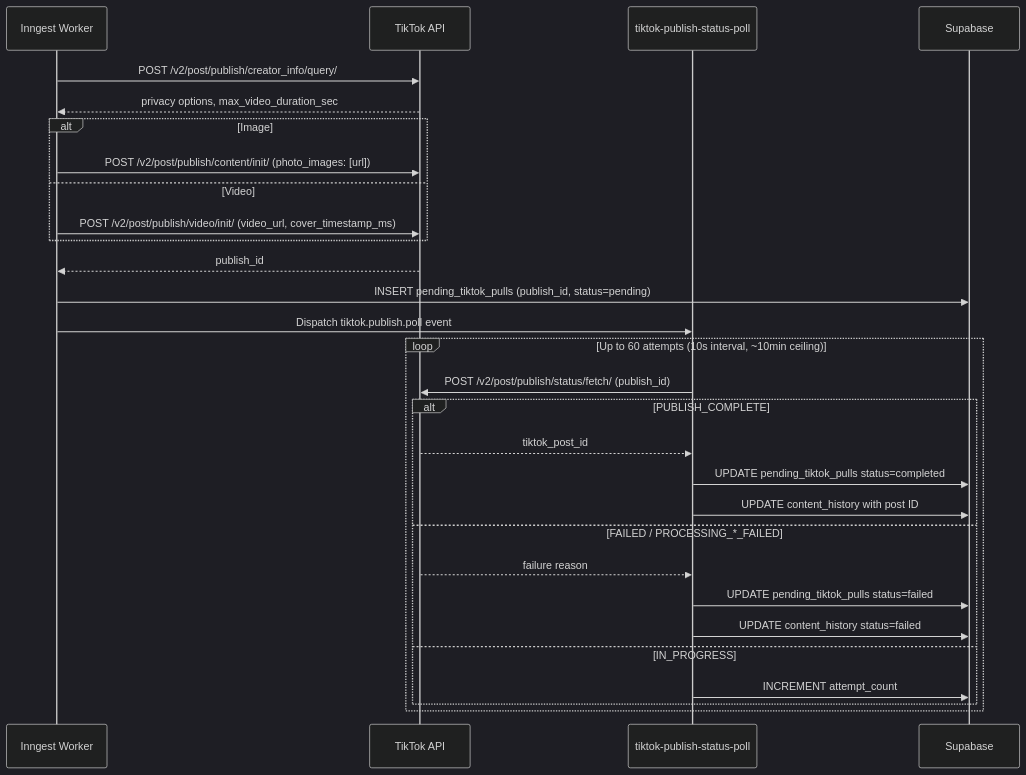
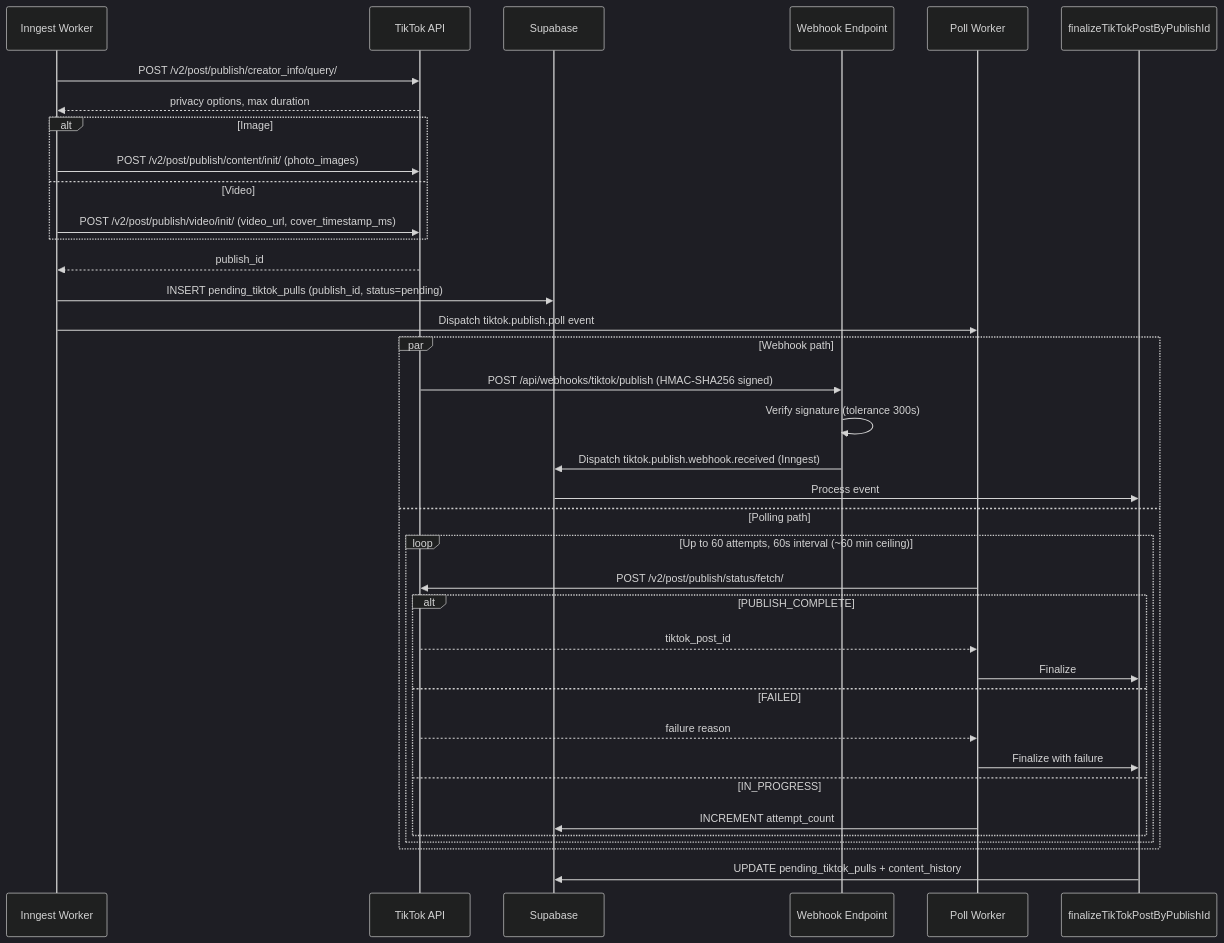
One commit to Andy00L/sharetopus changed the third of 5 diagrams in docs/PLATFORMS.md. Above: the diagram before and after it, drawn with Mermaid (dark theme). The commit also changed other lines of this file and 23 other files, not shown here.

````diff
--- a/docs/PLATFORMS.md
+++ b/docs/PLATFORMS.md
@@ -56,33 +127,44 @@
 ```mermaid
 sequenceDiagram
     participant Worker as Inngest Worker
     participant TK as TikTok API
-    participant Poll as tiktok-publish-status-poll
     participant DB as Supabase
+    participant WH as Webhook Endpoint
+    participant Poll as Poll Worker
+    participant Fin as finalizeTikTokPostByPublishId
 
     Worker->>TK: POST /v2/post/publish/creator_info/query/
-    TK-->>Worker: privacy options, max_video_duration_sec
+    TK-->>Worker: privacy options, max duration
+
     alt Image
-        Worker->>TK: POST /v2/post/publish/content/init/ (photo_images: [url])
+        Worker->>TK: POST /v2/post/publish/content/init/ (photo_images)
     else Video
         Worker->>TK: POST /v2/post/publish/video/init/ (video_url, cover_timestamp_ms)
     end
     TK-->>Worker: publish_id
+
     Worker->>DB: INSERT pending_tiktok_pulls (publish_id, status=pending)
     Worker->>Poll: Dispatch tiktok.publish.poll event
 
-    loop Up to 60 attempts (10s interval, ~10min ceiling)
-        Poll->>TK: POST /v2/post/publish/status/fetch/ (publish_id)
-        alt PUBLISH_COMPLETE
-            TK-->>Poll: tiktok_post_id
-            Poll->>DB: UPDATE pending_tiktok_pulls status=completed
-            Poll->>DB: UPDATE content_history with post ID
-        else FAILED / PROCESSING_*_FAILED
-            TK-->>Poll: failure reason
-            Poll->>DB: UPDATE pending_tiktok_pulls status=failed
-            Poll->>DB: UPDATE content_history status=failed
-        else IN_PROGRESS
-            Poll->>DB: INCREMENT attempt_count
+    par Webhook path
+        TK->>WH: POST /api/webhooks/tiktok/publish (HMAC-SHA256 signed)
+        WH->>WH: Verify signature (tolerance 300s)
+        WH->>DB: Dispatch tiktok.publish.webhook.received (Inngest)
+        DB->>Fin: Process event
+    and Polling path
+        loop Up to 60 attempts, 60s interval (~60 min ceiling)
+            Poll->>TK: POST /v2/post/publish/status/fetch/
+            alt PUBLISH_COMPLETE
+                TK-->>Poll: tiktok_post_id
+                Poll->>Fin: Finalize
+            else FAILED
+                TK-->>Poll: failure reason
+                Poll->>Fin: Finalize with failure
+            else IN_PROGRESS
+                Poll->>DB: INCREMENT attempt_count
+            end
         end
     end
+
+    Fin->>DB: UPDATE pending_tiktok_pulls + content_history
 ```
````
